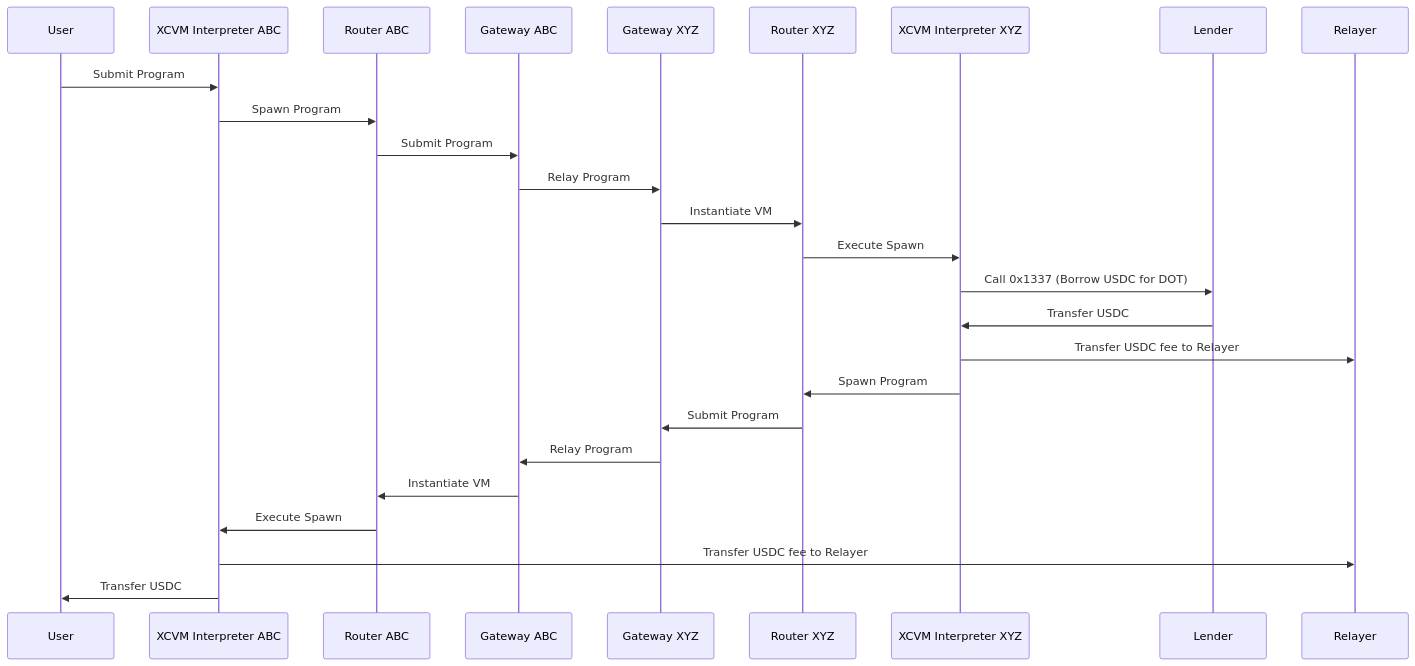
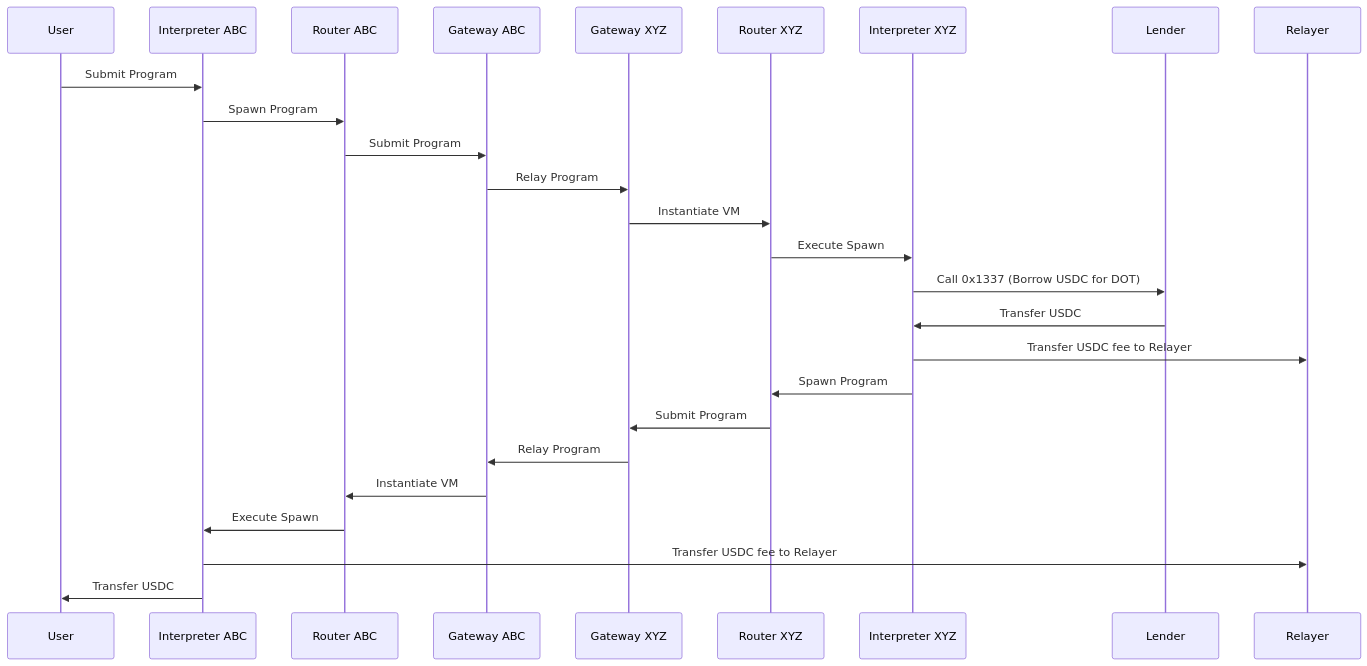
Before and after one commit to ComposableFi/composable: the fourth of 4 diagrams in code/xcvm/SPEC.md, drawn with Mermaid. The commit also changed other lines of this file and 3 other files, not shown here.

````diff
--- a/code/xcvm/SPEC.md
+++ b/code/xcvm/SPEC.md
@@ -668,19 +616,19 @@
 ```mermaid
 sequenceDiagram
-    User->>XCVM Interpreter ABC: Submit Program
-    XCVM Interpreter ABC->>Router ABC: Spawn Program
+    User->>Interpreter ABC: Submit Program
+    Interpreter ABC->>Router ABC: Spawn Program
     Router ABC->>Gateway ABC: Submit Program
     Gateway ABC->>Gateway XYZ: Relay Program
     Gateway XYZ->>Router XYZ: Instantiate VM
-    Router XYZ->>XCVM Interpreter XYZ: Execute Spawn
-    XCVM Interpreter XYZ->>Lender: Call 0x1337 (Borrow USDC for DOT)
-    Lender->>XCVM Interpreter XYZ: Transfer USDC
-    XCVM Interpreter XYZ->>Relayer: Transfer USDC fee to Relayer
-    XCVM Interpreter XYZ->>Router XYZ: Spawn Program
+    Router XYZ->>Interpreter XYZ: Execute Spawn
+    Interpreter XYZ->>Lender: Call 0x1337 (Borrow USDC for DOT)
+    Lender->>Interpreter XYZ: Transfer USDC
+    Interpreter XYZ->>Relayer: Transfer USDC fee to Relayer
+    Interpreter XYZ->>Router XYZ: Spawn Program
     Router XYZ->>Gateway XYZ: Submit Program
     Gateway XYZ->>Gateway ABC: Relay Program
     Gateway ABC->>Router ABC: Instantiate VM
-    Router ABC->>XCVM Interpreter ABC: Execute Spawn
-    XCVM Interpreter ABC->>Relayer: Transfer USDC fee to Relayer
-    XCVM Interpreter ABC->>User: Transfer USDC
+    Router ABC->>Interpreter ABC: Execute Spawn
+    Interpreter ABC->>Relayer: Transfer USDC fee to Relayer
+    Interpreter ABC->>User: Transfer USDC
 ```
````
